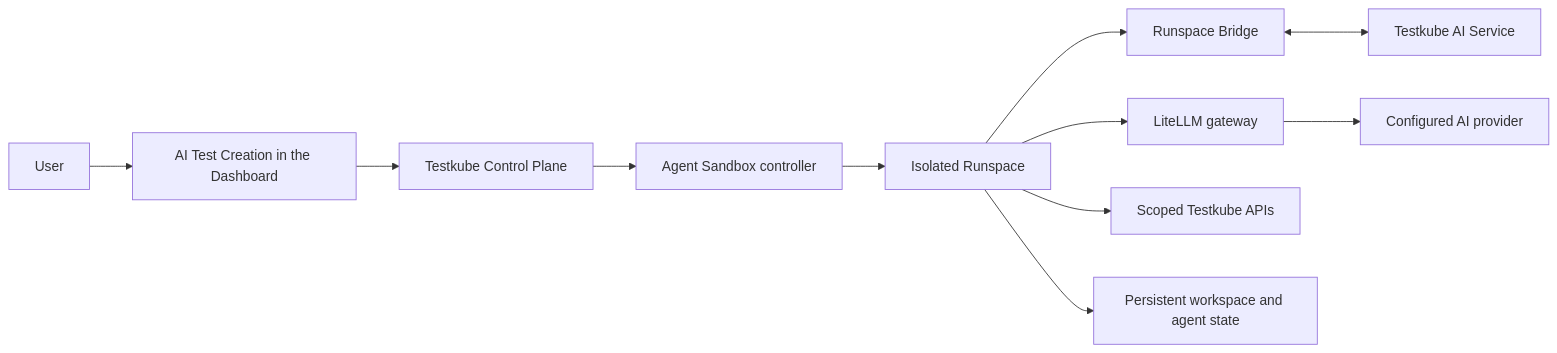
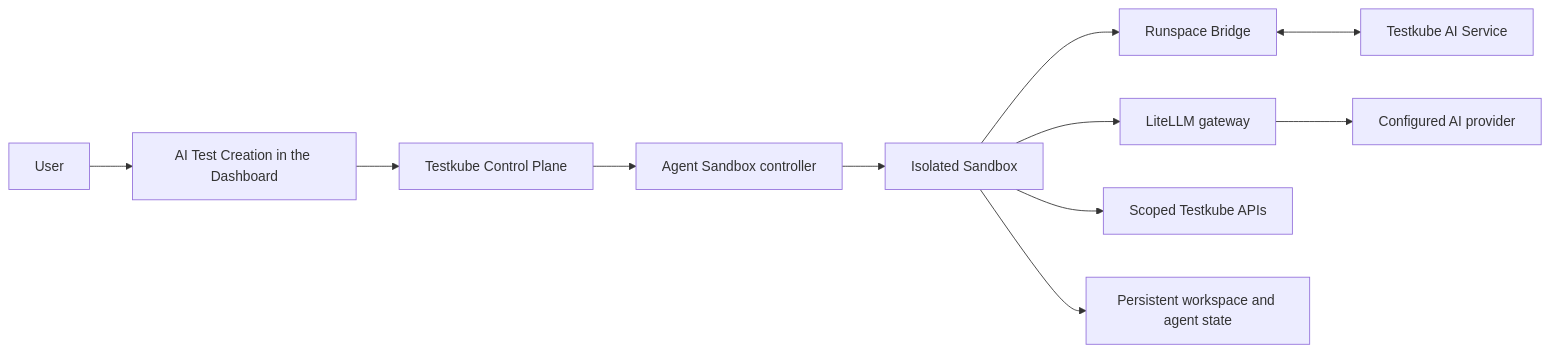
Before and after one commit to kubeshop/testkube-docs: the diagram in docs/articles/ai-test-creation.md, drawn with Mermaid. The commit also changed other lines of this file, not shown here.

Commit message:
docs: [TKC-6493] align Sandbox terminology

````diff
--- a/docs/articles/ai-test-creation.md
+++ b/docs/articles/ai-test-creation.md
@@ -20,14 +22,14 @@
 ```mermaid
 flowchart LR
     User["User"] --> Dashboard["AI Test Creation in the Dashboard"]
     Dashboard --> API["Testkube Control Plane"]
-    API --> Sandbox["Agent Sandbox controller"]
-    Sandbox --> Runspace["Isolated Runspace"]
+    API --> Controller["Agent Sandbox controller"]
+    Controller --> Sandbox["Isolated Sandbox"]
 
-    Runspace --> Bridge["Runspace Bridge"]
+    Sandbox --> Bridge["Runspace Bridge"]
     Bridge <--> AI["Testkube AI Service"]
-    Runspace --> Gateway["LiteLLM gateway"]
+    Sandbox --> Gateway["LiteLLM gateway"]
     Gateway --> Provider["Configured AI provider"]
-    Runspace --> Testkube["Scoped Testkube APIs"]
-    Runspace --> Storage["Persistent workspace and agent state"]
+    Sandbox --> Testkube["Scoped Testkube APIs"]
+    Sandbox --> Storage["Persistent workspace and agent state"]
 ```
````
